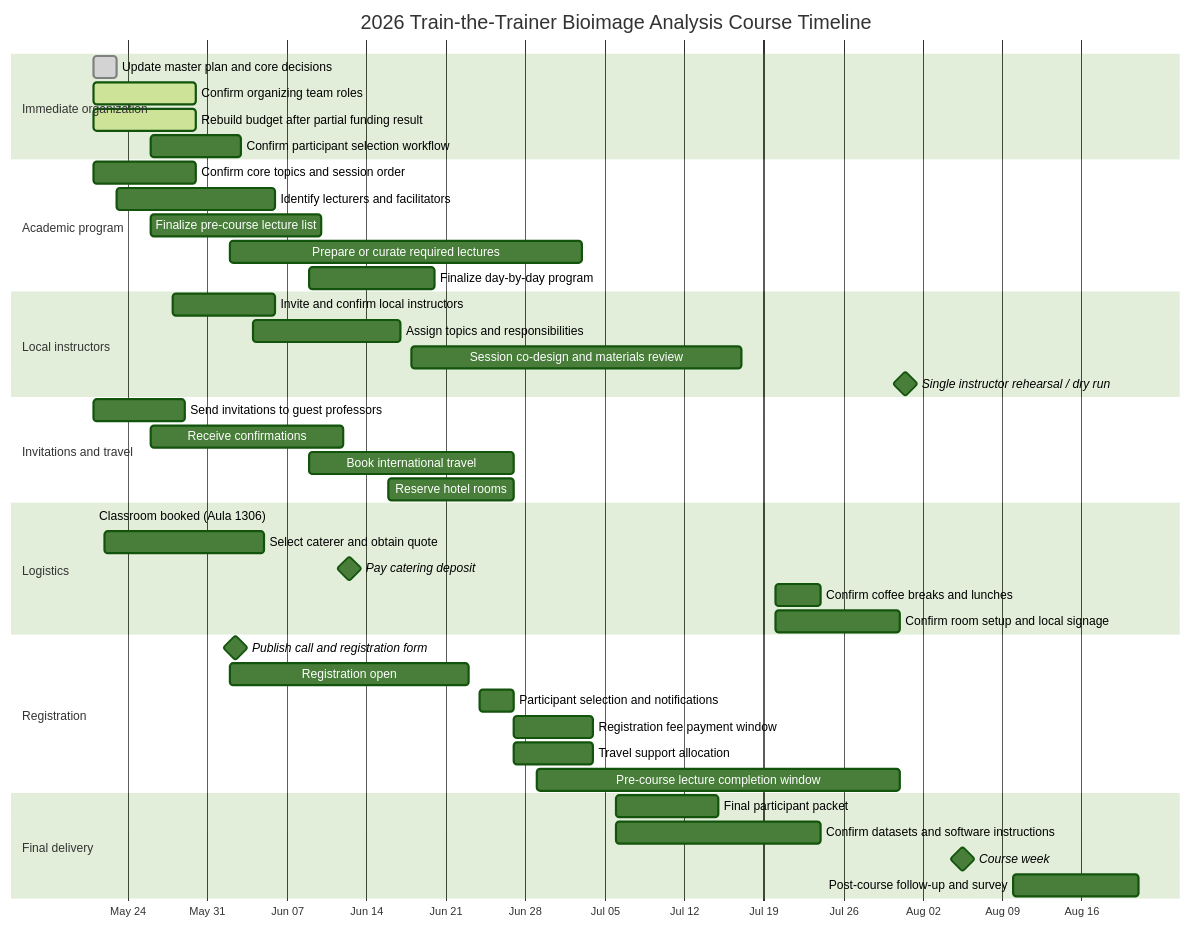
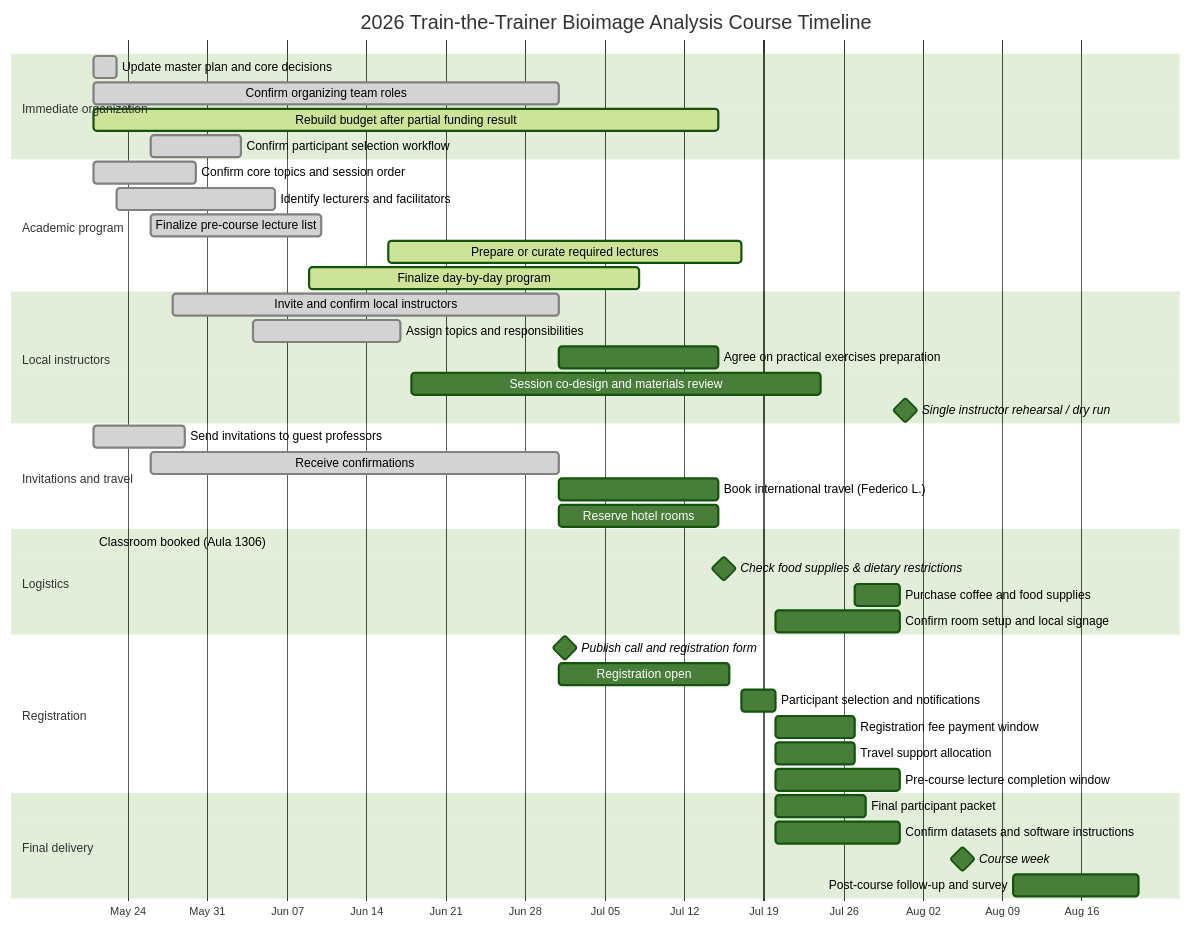
The diagram in COURSE_MASTER_PLAN.md (acorbat/2026_TtT_Course), drawn with Mermaid (forest theme) before and after one commit. The commit also changed other lines of this file, not shown here.

````diff
--- a/COURSE_MASTER_PLAN.md
+++ b/COURSE_MASTER_PLAN.md
@@ -31,52 +37,52 @@
 ```mermaid
 gantt
     title 2026 Train-the-Trainer Bioimage Analysis Course Timeline
     dateFormat  YYYY-MM-DD
     axisFormat  %b %d
 
     section Immediate organization
     Update master plan and core decisions         :done, plan, 2026-05-21, 2026-05-23
-    Confirm organizing team roles                 :active, roles, 2026-05-21, 2026-05-30
-    Rebuild budget after partial funding result   :active, budget, 2026-05-21, 2026-05-30
-    Confirm participant selection workflow        :selectionflow, 2026-05-26, 2026-06-03
+    Confirm organizing team roles                 :done, roles, 2026-05-21, 2026-07-01
+    Rebuild budget after partial funding result   :active, budget, 2026-05-21, 2026-07-15
+    Confirm participant selection workflow        :done, selectionflow, 2026-05-26, 2026-06-03
 
     section Academic program
-    Confirm core topics and session order         :topics, 2026-05-21, 2026-05-30
-    Identify lecturers and facilitators           :lecturers, 2026-05-23, 2026-06-06
-    Finalize pre-course lecture list              :prelist, 2026-05-26, 2026-06-10
-    Prepare or curate required lectures           :prework, 2026-06-02, 2026-07-03
-    Finalize day-by-day program                   :program, 2026-06-09, 2026-06-20
+    Confirm core topics and session order         :done, topics, 2026-05-21, 2026-05-30
+    Identify lecturers and facilitators           :done, lecturers, 2026-05-23, 2026-06-06
+    Finalize pre-course lecture list              :done, prelist, 2026-05-26, 2026-06-10
+    Prepare or curate required lectures           :active, prework, 2026-06-16, 2026-07-17
+    Finalize day-by-day program                   :active, program, 2026-06-09, 2026-07-08
 
     section Local instructors
-    Invite and confirm local instructors          :localinvite, 2026-05-28, 2026-06-06
-    Assign topics and responsibilities            :localroles, 2026-06-04, 2026-06-17
-    Session co-design and materials review        :localcodesign, 2026-06-18, 2026-07-17
+    Invite and confirm local instructors          :done, localinvite, 2026-05-28, 2026-07-01
+    Assign topics and responsibilities            :done, localroles, 2026-06-04, 2026-06-17
+    Agree on practical exercises preparation      :localexercises, 2026-07-01, 2026-07-15
+    Session co-design and materials review        :localcodesign, 2026-06-18, 2026-07-24
     Single instructor rehearsal / dry run         :milestone, localrehearsal, 2026-07-31, 1d
 
     section Invitations and travel
-    Send invitations to guest professors          :invite, 2026-05-21, 2026-05-29
-    Receive confirmations                         :confirm, 2026-05-26, 2026-06-12
-    Book international travel                     :travel, 2026-06-09, 2026-06-27
-    Reserve hotel rooms                           :hotel, 2026-06-16, 2026-06-27
+    Send invitations to guest professors          :done, invite, 2026-05-21, 2026-05-29
+    Receive confirmations                         :done, confirm, 2026-05-26, 2026-07-01
+    Book international travel (Federico L.)       :travel, 2026-07-01, 2026-07-15
+    Reserve hotel rooms                           :hotel, 2026-07-01, 2026-07-15
 
     section Logistics
     Classroom booked (Aula 1306)                  :done, classroom, 2026-05-21, 2026-05-21
-    Select caterer and obtain quote               :caterer, 2026-05-22, 2026-06-05
-    Pay catering deposit                          :milestone, cateringpay, 2026-06-12, 1d
-    Confirm coffee breaks and lunches             :cateringfinal, 2026-07-20, 2026-07-24
+    Check food supplies & dietary restrictions    :milestone, cateringcheck, 2026-07-15, 1d
+    Purchase coffee and food supplies             :cateringpurchase, 2026-07-27, 2026-07-31
     Confirm room setup and local signage          :roomfinal, 2026-07-20, 2026-07-31
 
     section Registration
-    Publish call and registration form            :milestone, call, 2026-06-02, 1d
-    Registration open                             :regopen, 2026-06-02, 2026-06-23
-    Participant selection and notifications       :selection, 2026-06-24, 2026-06-27
-    Registration fee payment window               :payment, 2026-06-27, 2026-07-04
-    Travel support allocation                     :support, 2026-06-27, 2026-07-04
-    Pre-course lecture completion window          :lecturewindow, 2026-06-29, 2026-07-31
+    Publish call and registration form            :milestone, call, 2026-07-01, 1d
+    Registration open                             :regopen, 2026-07-01, 2026-07-16
+    Participant selection and notifications       :selection, 2026-07-17, 2026-07-20
+    Registration fee payment window               :payment, 2026-07-20, 2026-07-27
+    Travel support allocation                     :support, 2026-07-20, 2026-07-27
+    Pre-course lecture completion window          :lecturewindow, 2026-07-20, 2026-07-31
 
     section Final delivery
-    Final participant packet                      :packet, 2026-07-06, 2026-07-15
-    Confirm datasets and software instructions    :software, 2026-07-06, 2026-07-24
+    Final participant packet                      :packet, 2026-07-20, 2026-07-28
+    Confirm datasets and software instructions    :software, 2026-07-20, 2026-07-31
     Course week                                   :milestone, course, 2026-08-03, 5d
     Post-course follow-up and survey              :followup, 2026-08-10, 2026-08-21
 ```
````
